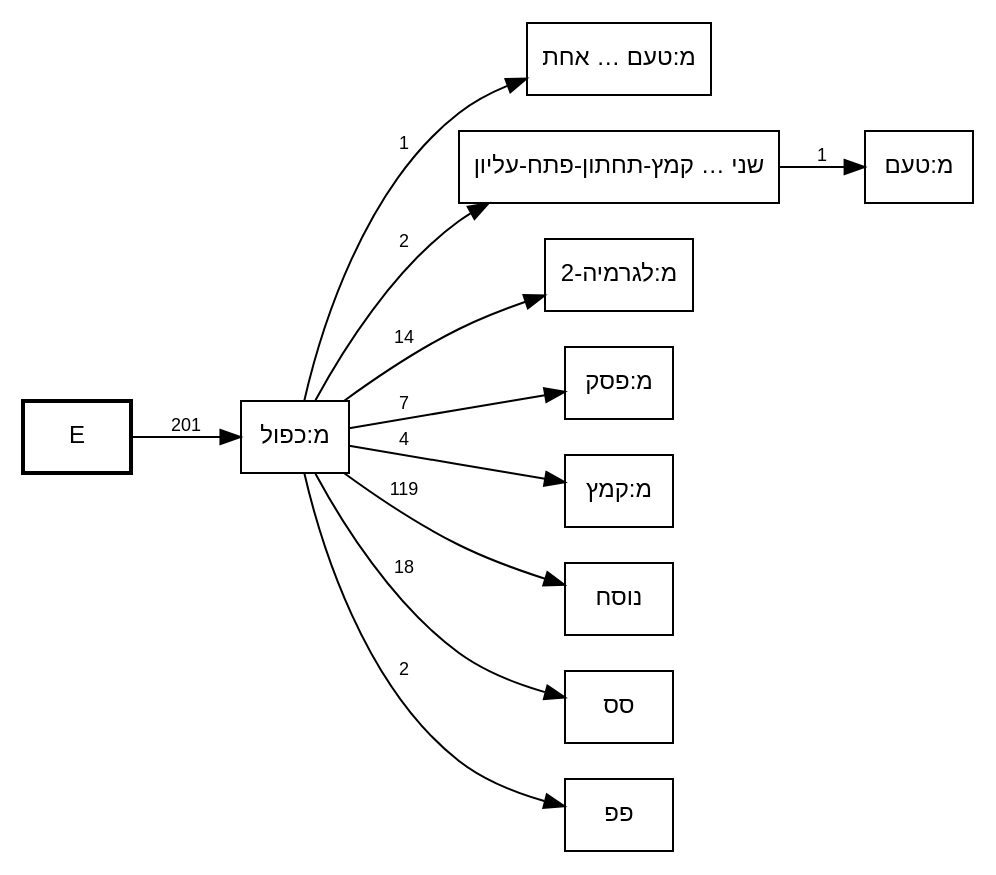
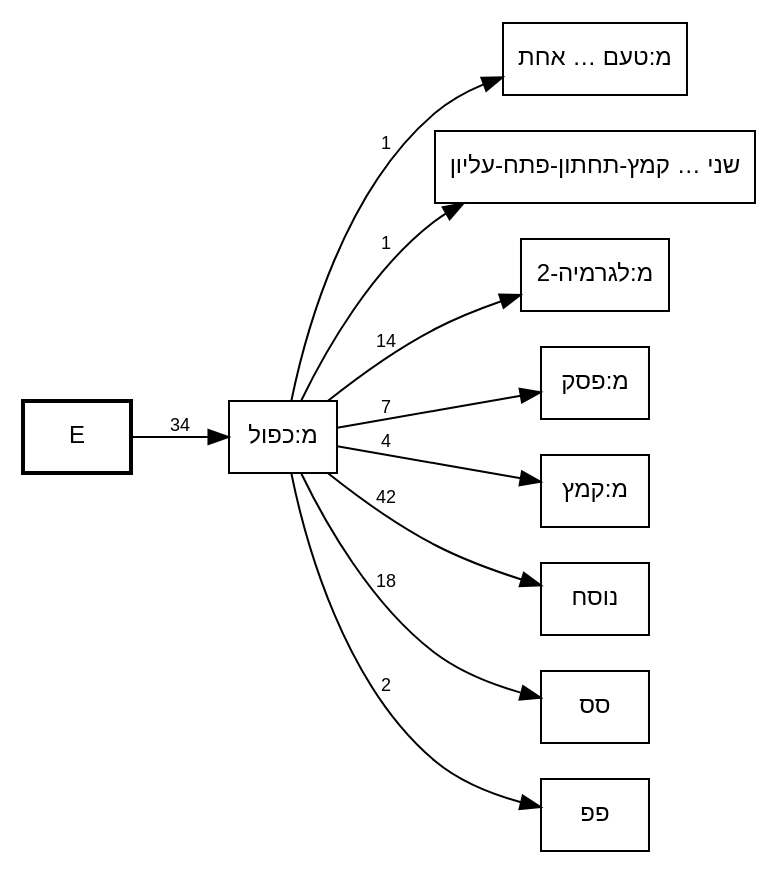
The diagram in out/MAM-tmpl-survey/plain-kaful-call-graph.dot (bdenckla/MAM-basics), drawn with Graphviz before and after one commit. The commit also changed 9 other files, not shown here.

First line of the commit message:
Move call-graph SVGs to MAM-parsed/doc, fix kaful edge overcounting

```diff
--- a/out/MAM-tmpl-survey/plain-kaful-call-graph.dot
+++ b/out/MAM-tmpl-survey/plain-kaful-call-graph.dot
@@ -1,26 +1,25 @@
 digraph template_call_graph {
     rankdir=LR;
     node [fontname="SBL Hebrew,Helvetica", fontsize=12];
     edge [fontname="Helvetica", fontsize=9];
 
     // Column nodes
     node [shape=box, style=bold];
     "E";
 
     // Template nodes
     node [shape=box, style=""];
     "מ:טעם ומתג באות אחת" [label="מ:טעם … אחת", tooltip="מ:טעם ומתג באות אחת"];
     "שני טעמים באות אחת קמץ-תחתון-פתח-עליון" [label="שני … קמץ-תחתון-פתח-עליון", tooltip="שני טעמים באות אחת קמץ-תחתון-פתח-עליון"];
 
     // Edges
-    "E" -> "מ:כפול" [label="201"];
+    "E" -> "מ:כפול" [label="34"];
     "מ:כפול" -> "מ:טעם ומתג באות אחת" [label="1"];
     "מ:כפול" -> "מ:לגרמיה-2" [label="14"];
     "מ:כפול" -> "מ:פסק" [label="7"];
     "מ:כפול" -> "מ:קמץ" [label="4"];
-    "מ:כפול" -> "נוסח" [label="119"];
+    "מ:כפול" -> "נוסח" [label="42"];
     "מ:כפול" -> "סס" [label="18"];
     "מ:כפול" -> "פפ" [label="2"];
-    "מ:כפול" -> "שני טעמים באות אחת קמץ-תחתון-פתח-עליון" [label="2"];
-    "שני טעמים באות אחת קמץ-תחתון-פתח-עליון" -> "מ:טעם" [label="1"];
+    "מ:כפול" -> "שני טעמים באות אחת קמץ-תחתון-פתח-עליון" [label="1"];
 }
```
